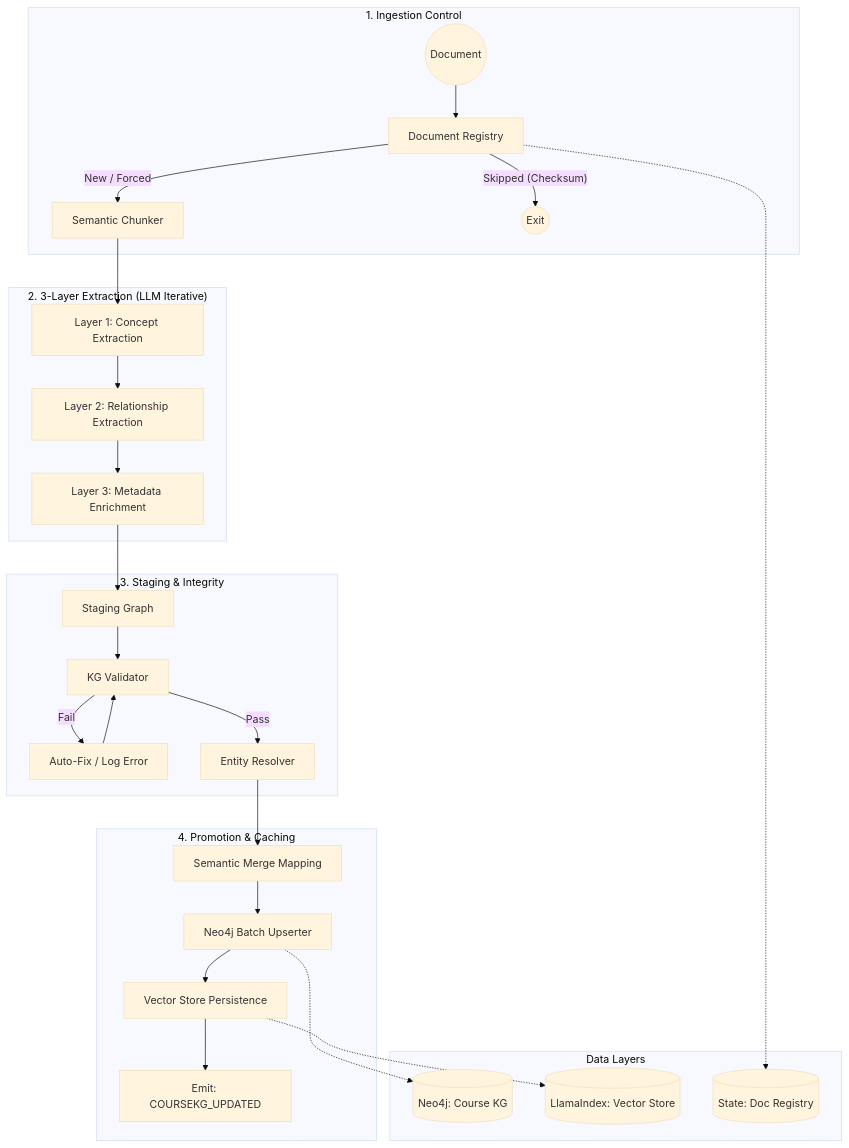
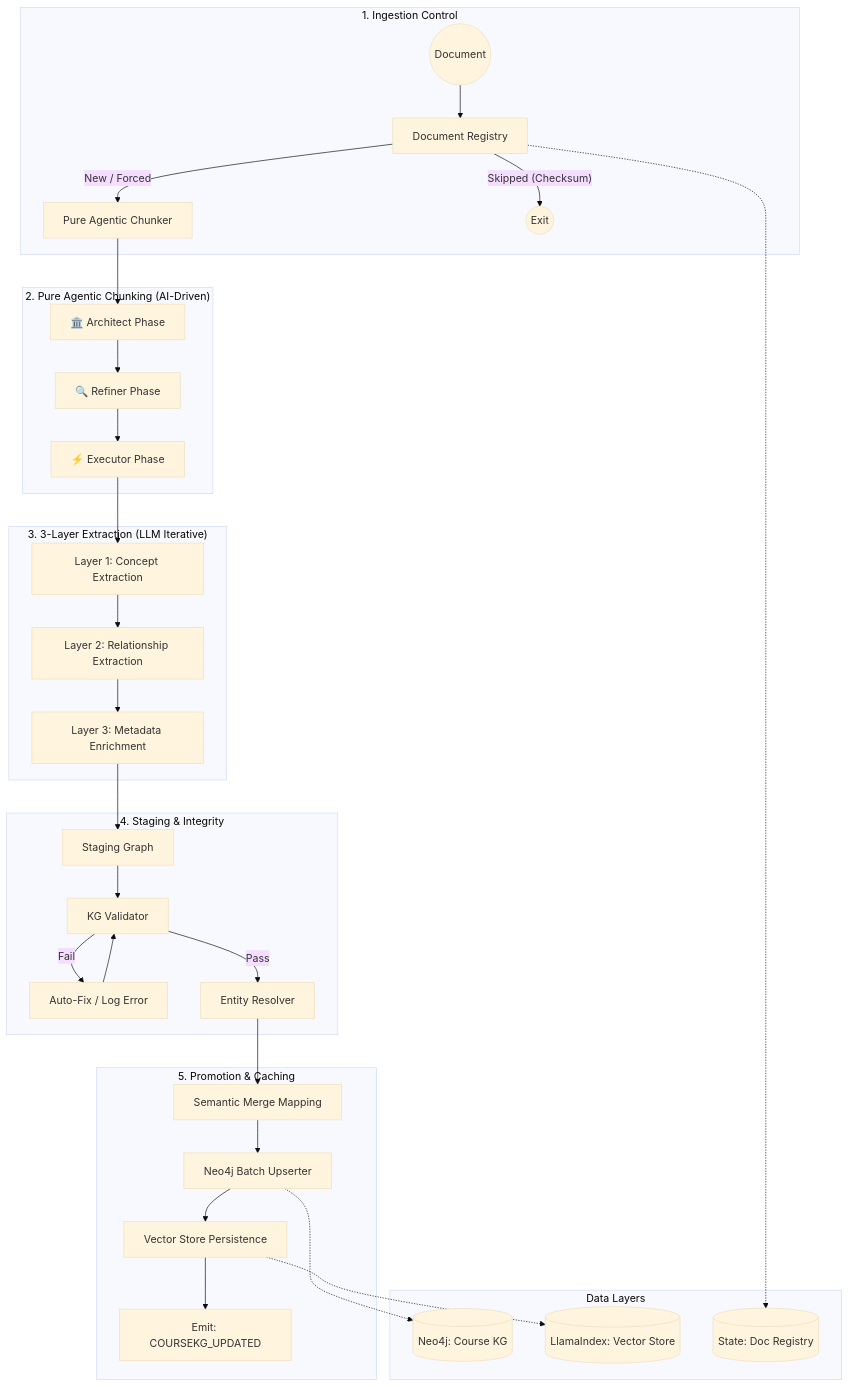
The diagram in docs/AGENT_1_KNOWLEDGE_EXTRACTION.md (MinhAn15/Agentic-Personalized-LearningPath), drawn with Mermaid (base theme) before and after one commit. The commit also changed other lines of this file and 2 other files, not shown here.

Commit message:
feat: Add production-grade Knowledge Extraction Agent with semantic chunking utility and documentation.

````diff
--- a/docs/AGENT_1_KNOWLEDGE_EXTRACTION.md
+++ b/docs/AGENT_1_KNOWLEDGE_EXTRACTION.md
@@ -12,39 +12,45 @@
 ```mermaid
 graph TD
     subgraph "1. Ingestion Control"
         START((Document)) --> REG[Document Registry]
-        REG -- "New / Forced" --> CHUNK[Semantic Chunker]
+        REG -- "New / Forced" --> CHUNK[Pure Agentic Chunker]
         REG -- "Skipped (Checksum)" --> END((Exit))
     end
 
-    subgraph "2. 3-Layer Extraction (LLM Iterative)"
-        CHUNK --> L1[Layer 1: Concept Extraction]
+    subgraph "2. Pure Agentic Chunking (AI-Driven)"
+        CHUNK --> ARCH[🏛️ Architect Phase]
+        ARCH --> REF[🔍 Refiner Phase]
+        REF --> EXEC[⚡ Executor Phase]
+    end
+
+    subgraph "3. 3-Layer Extraction (LLM Iterative)"
+        EXEC --> L1[Layer 1: Concept Extraction]
         L1 --> L2[Layer 2: Relationship Extraction]
         L2 --> L3[Layer 3: Metadata Enrichment]
     end
 
-    subgraph "3. Staging & Integrity"
+    subgraph "4. Staging & Integrity"
         L3 --> STAGE[Staging Graph]
         STAGE --> VAL[KG Validator]
         VAL -- Fail --> FIX[Auto-Fix / Log Error]
         FIX --> VAL
         VAL -- Pass --> RESOLVE[Entity Resolver]
     end
 
-    subgraph "4. Promotion & Caching"
+    subgraph "5. Promotion & Caching"
         RESOLVE --> MERGE[Semantic Merge Mapping]
         MERGE --> BATCH[Neo4j Batch Upserter]
         BATCH --> VECTOR[Vector Store Persistence]
         VECTOR --> EVENT[Emit: COURSEKG_UPDATED]
     end
 
     subgraph "Data Layers"
         NEO[(Neo4j: Course KG)]
         VEC[(LlamaIndex: Vector Store)]
         DB[(State: Doc Registry)]
     end
 
     REG -.-> DB
     BATCH -.-> NEO
     VECTOR -.-> VEC
 ```
````
